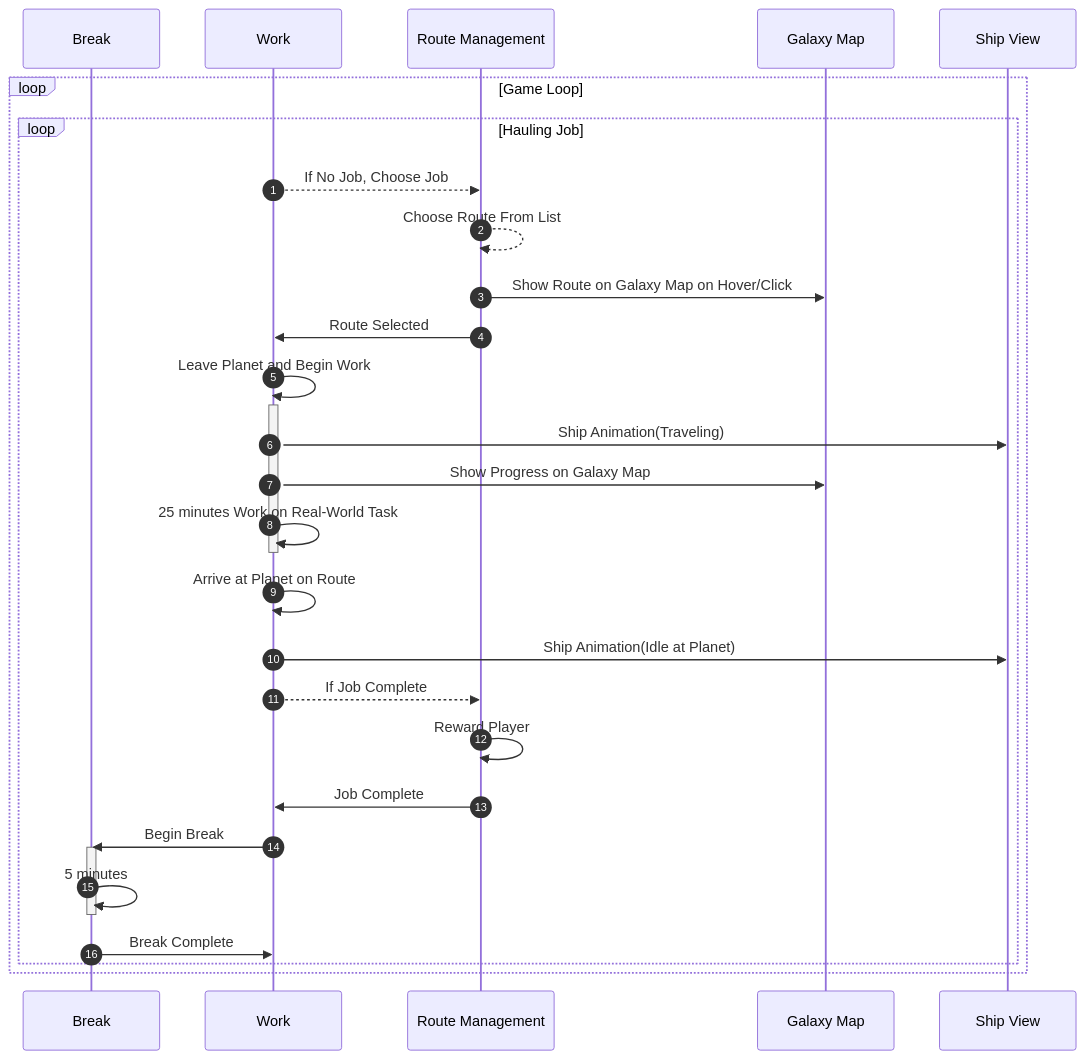
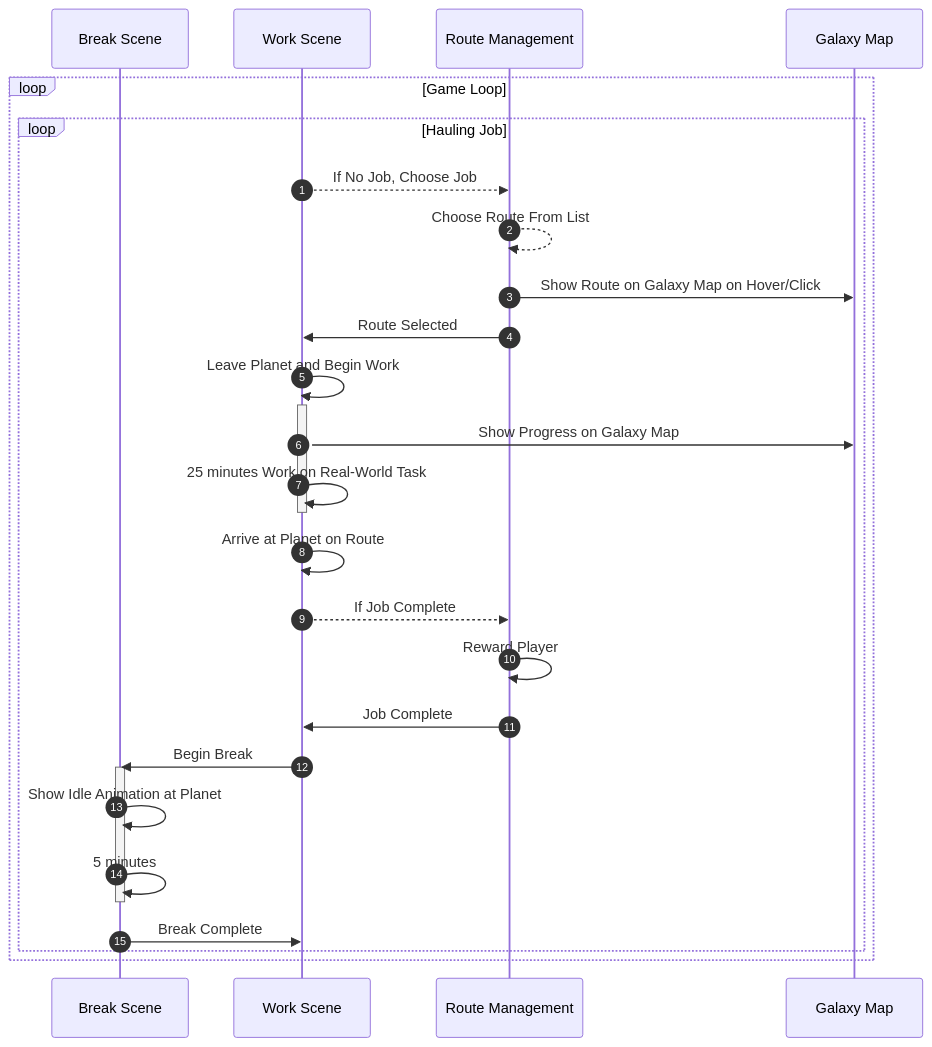
Before and after one commit to lettucegoblin/pomodoro-space-hauler: the diagram in idea.md, drawn with Mermaid. The commit also changed other lines of this file, not shown here.

Commit message:
Refactor participant names in idea.md

````diff
--- a/idea.md
+++ b/idea.md
@@ -17,40 +17,38 @@
 ```mermaid
 
 sequenceDiagram
     autonumber
-    participant B as Break
-    participant W as Work
+    participant B as Break Scene
+    participant W as Work Scene
     participant R as Route Management
     participant M as Galaxy Map
-    participant S as Ship View
 
     loop Game Loop
         
         loop Hauling Job
           W-->>R: If No Job, Choose Job
           R-->>R: Choose Route From List
           R->>M: Show Route on Galaxy Map on Hover/Click
           R->>W: Route Selected
           W->>W: Leave Planet and Begin Work
           activate W
-            W->>S: Ship Animation(Traveling)
             W->>M: Show Progress on Galaxy Map
             W->>W: 25 minutes Work on Real-World Task
           deactivate W
           W->>W: Arrive at Planet on Route
-          W->>S: Ship Animation(Idle at Planet)
           W-->>R: If Job Complete
           R->>R: Reward Player
           R->>W: Job Complete
 
           W->>B: Begin Break
           
           activate B
+            B->>B: Show Idle Animation at Planet
             B->>B: 5 minutes
           deactivate B
           B->>W: Break Complete
         end
     end
 
 
 ```
````
